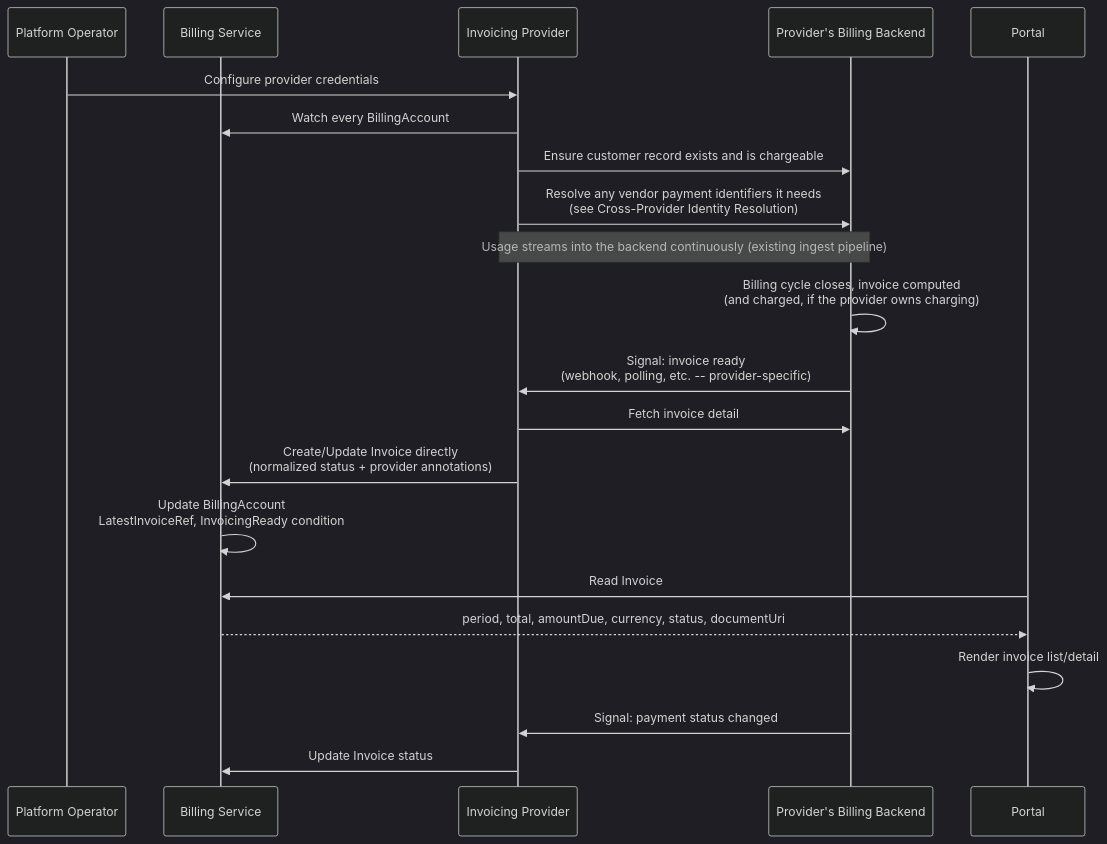
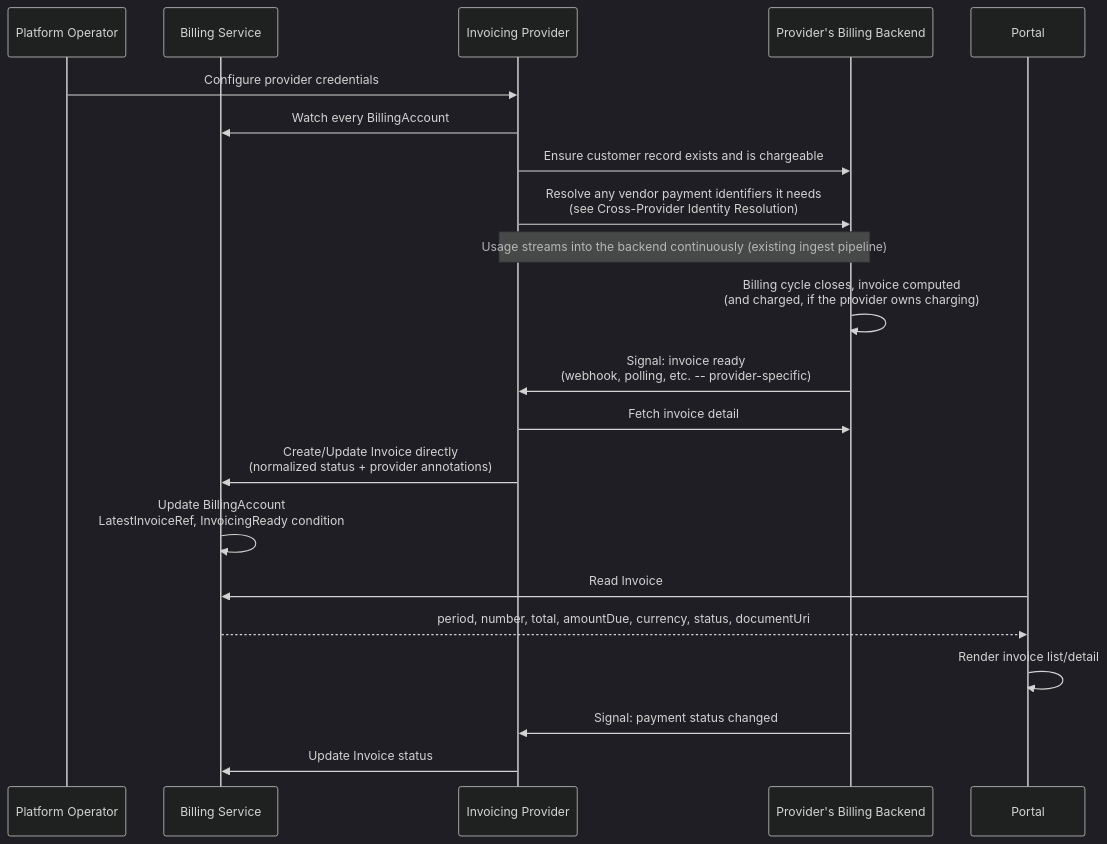
One commit to milo-os/billing changed the diagram in docs/enhancements/invoicing.md. Above: the diagram before and after it, drawn with Mermaid (dark theme). The commit also changed other lines of this file and 6 other files, not shown here.

Commit message:
feat: Give each invoice the number on its document

````diff
--- a/docs/enhancements/invoicing.md
+++ b/docs/enhancements/invoicing.md
@@ -122,29 +122,29 @@
 ```mermaid
 sequenceDiagram
     participant Ops as Platform Operator
     participant BillingSvc as Billing Service
     participant Provider as Invoicing Provider
     participant Backend as Provider's Billing Backend
     participant Portal
 
     Ops->>Provider: Configure provider credentials
 
     Provider->>BillingSvc: Watch every BillingAccount
     Provider->>Backend: Ensure customer record exists and is chargeable
     Provider->>Backend: Resolve any vendor payment identifiers it needs<br/>(see Cross-Provider Identity Resolution)
 
     Note over Provider,Backend: Usage streams into the backend continuously (existing ingest pipeline)
 
     Backend->>Backend: Billing cycle closes, invoice computed<br/>(and charged, if the provider owns charging)
     Backend->>Provider: Signal: invoice ready<br/>(webhook, polling, etc. -- provider-specific)
     Provider->>Backend: Fetch invoice detail
     Provider->>BillingSvc: Create/Update Invoice directly<br/>(normalized status + provider annotations)
     BillingSvc->>BillingSvc: Update BillingAccount<br/>LatestInvoiceRef, InvoicingReady condition
 
     Portal->>BillingSvc: Read Invoice
-    BillingSvc-->>Portal: period, total, amountDue, currency, status, documentUri
+    BillingSvc-->>Portal: period, number, total, amountDue, currency, status, documentUri
     Portal->>Portal: Render invoice list/detail
 
     Backend->>Provider: Signal: payment status changed
     Provider->>BillingSvc: Update Invoice status
 ```
````
